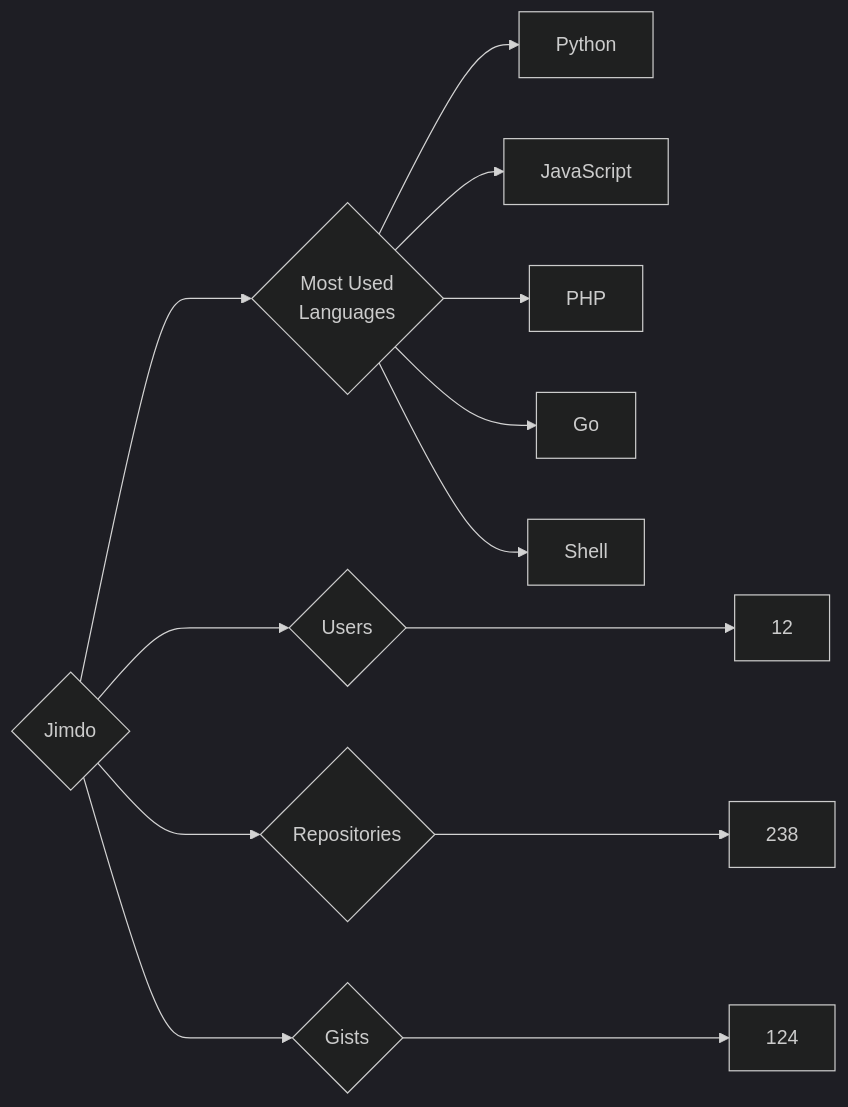
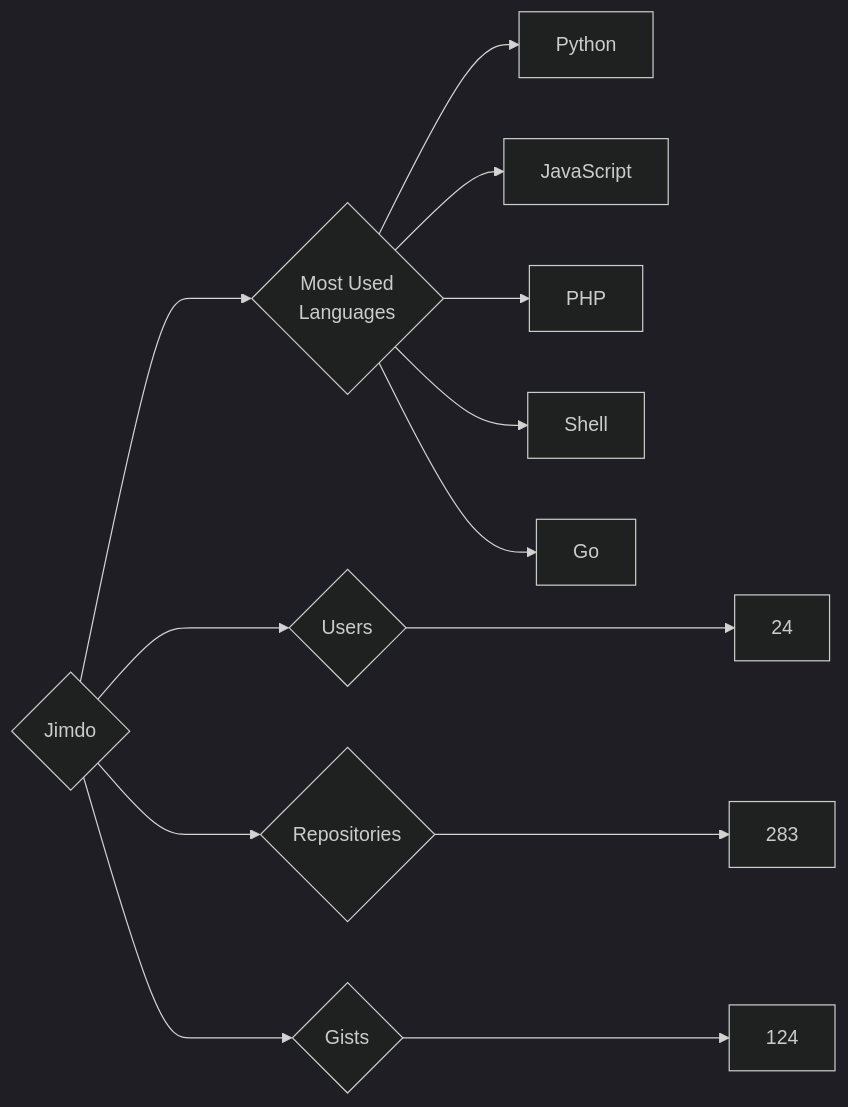
The diagram in targets/Jimdo/README.md (trickest/insiders), drawn with Mermaid (dark theme) before and after one commit. The commit also changed 927 other files, not shown here.

````diff
--- a/targets/Jimdo/README.md
+++ b/targets/Jimdo/README.md
@@ -3,13 +3,13 @@
 ```mermaid
 graph LR
 COMPANY_NAME{Jimdo}
-COMPANY_NAME ---> U{Users} ---> UN[12]
-COMPANY_NAME ---> R{Repositories} ---> RN[238]
+COMPANY_NAME ---> U{Users} ---> UN[24]
+COMPANY_NAME ---> R{Repositories} ---> RN[283]
 COMPANY_NAME ---> G{Gists} ---> GN[124]
 COMPANY_NAME ---> ML{Most Used<br>Languages}
 ML --> Python[Python]
 ML --> JavaScript[JavaScript]
 ML --> PHP[PHP]
+ML --> Shell[Shell]
 ML --> Go[Go]
-ML --> Shell[Shell]
 ```
````
